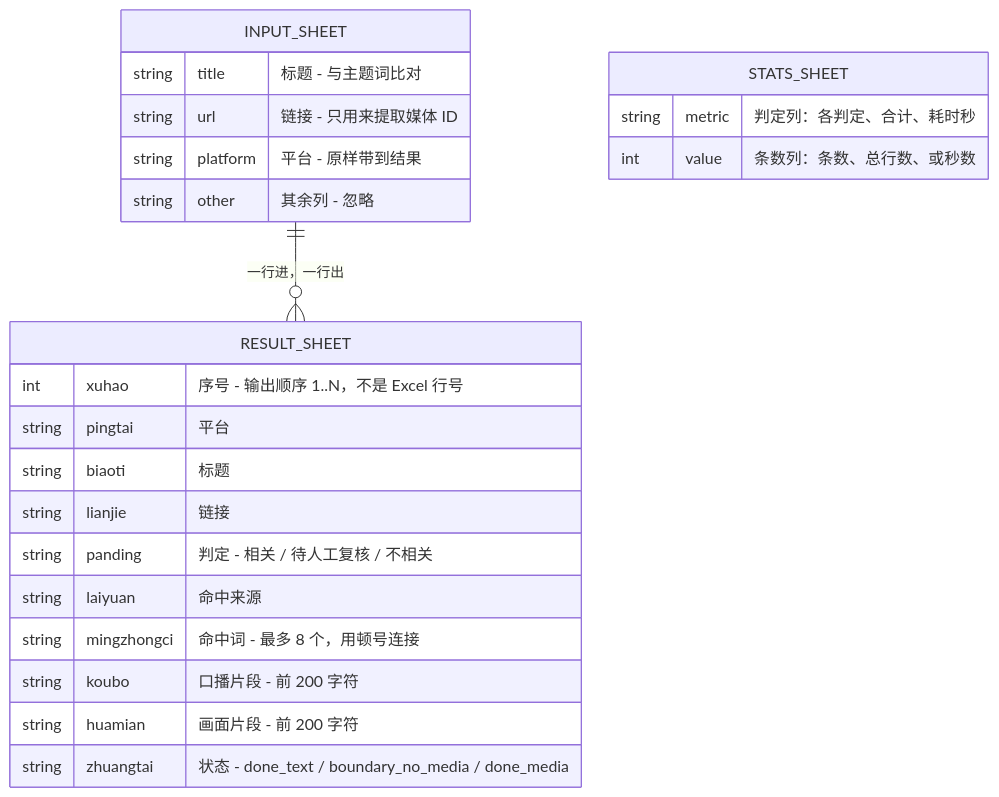
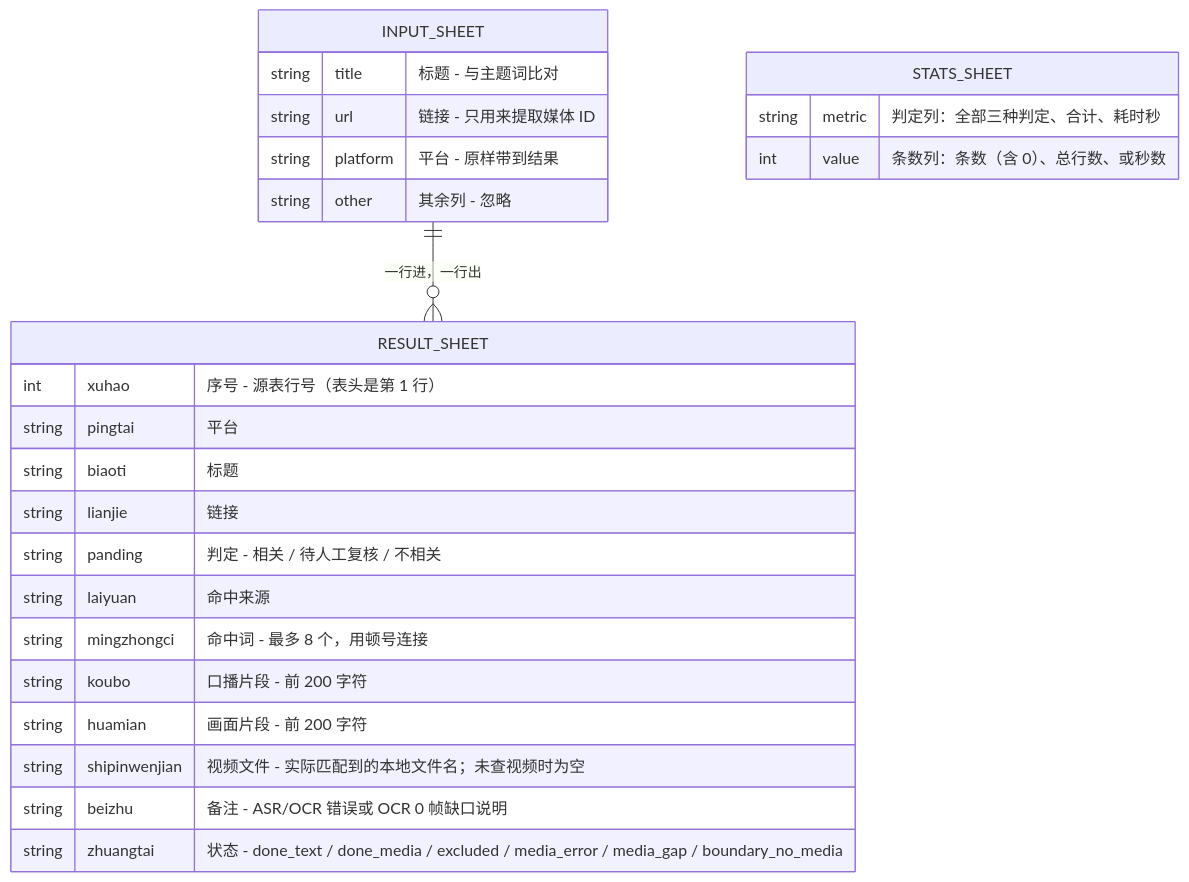
Before and after one commit to Ethan-upgrade/sv-topic-screener: the fifth of 6 diagrams in README.zh-CN.md, drawn with Mermaid. The commit also changed other lines of this file and 4 other files, not shown here.

````diff
--- a/README.zh-CN.md
+++ b/README.zh-CN.md
@@ -258,26 +286,28 @@
 ```mermaid
 erDiagram
     INPUT_SHEET {
         string title "标题 - 与主题词比对"
         string url "链接 - 只用来提取媒体 ID"
         string platform "平台 - 原样带到结果"
         string other "其余列 - 忽略"
     }
     RESULT_SHEET {
-        int xuhao "序号 - 输出顺序 1..N，不是 Excel 行号"
+        int xuhao "序号 - 源表行号（表头是第 1 行）"
         string pingtai "平台"
         string biaoti "标题"
         string lianjie "链接"
         string panding "判定 - 相关 / 待人工复核 / 不相关"
         string laiyuan "命中来源"
         string mingzhongci "命中词 - 最多 8 个，用顿号连接"
         string koubo "口播片段 - 前 200 字符"
         string huamian "画面片段 - 前 200 字符"
-        string zhuangtai "状态 - done_text / boundary_no_media / done_media"
+        string shipinwenjian "视频文件 - 实际匹配到的本地文件名；未查视频时为空"
+        string beizhu "备注 - ASR/OCR 错误或 OCR 0 帧缺口说明"
+        string zhuangtai "状态 - done_text / done_media / excluded / media_error / media_gap / boundary_no_media"
     }
     STATS_SHEET {
-        string metric "判定列：各判定、合计、耗时秒"
-        int value "条数列：条数、总行数、或秒数"
+        string metric "判定列：全部三种判定、合计、耗时秒"
+        int value "条数列：条数（含 0）、总行数、或秒数"
     }
     INPUT_SHEET ||--o{ RESULT_SHEET : "一行进，一行出"
 ```
````
